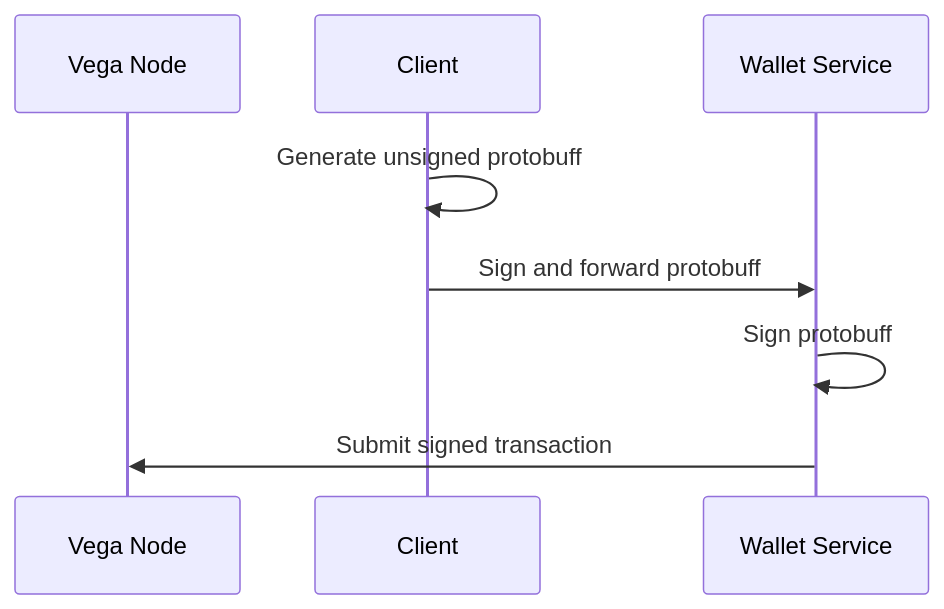
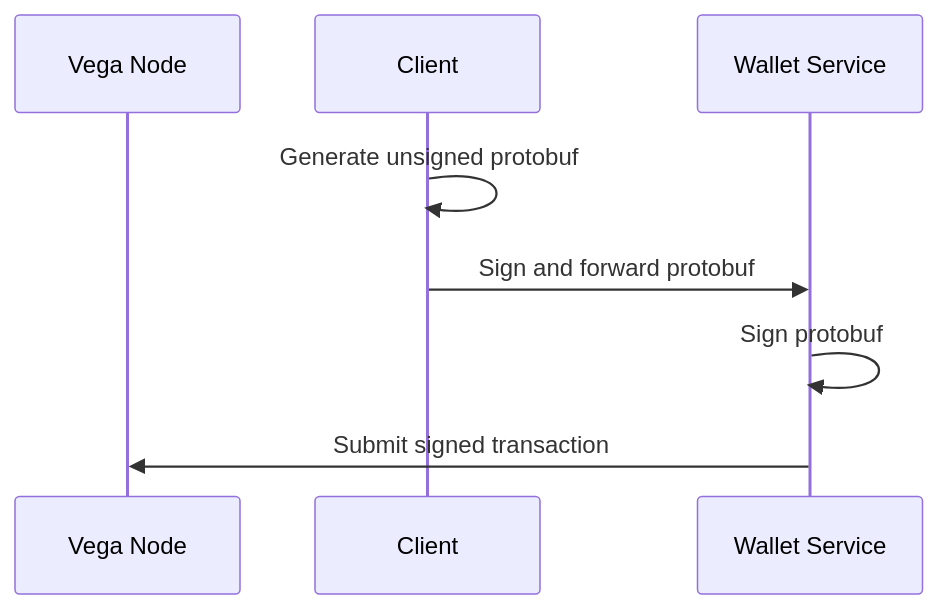
Before and after one commit to vegaprotocol/vega: the third of 4 diagrams in docs/authentication-and-signing.md, drawn with Mermaid. The commit also changed other lines of this file and 2 other files, not shown here.

Commit message:
Document traderbot using interalised wallet service (#792)

````diff
--- a/docs/authentication-and-signing.md
+++ b/docs/authentication-and-signing.md
@@ -55,11 +55,11 @@
 ```mermaid
 sequenceDiagram
     participant Vega Node
     participant Client
     participant Wallet Service
 
-	Client->>Client: Generate unsigned protobuff
-	Client->>Wallet Service: Sign and forward protobuff
-	Wallet Service->>Wallet Service: Sign protobuff
+	Client->>Client: Generate unsigned protobuf
+	Client->>Wallet Service: Sign and forward protobuf
+	Wallet Service->>Wallet Service: Sign protobuf
 	Wallet Service->>Vega Node: Submit signed transaction
 ```
````
